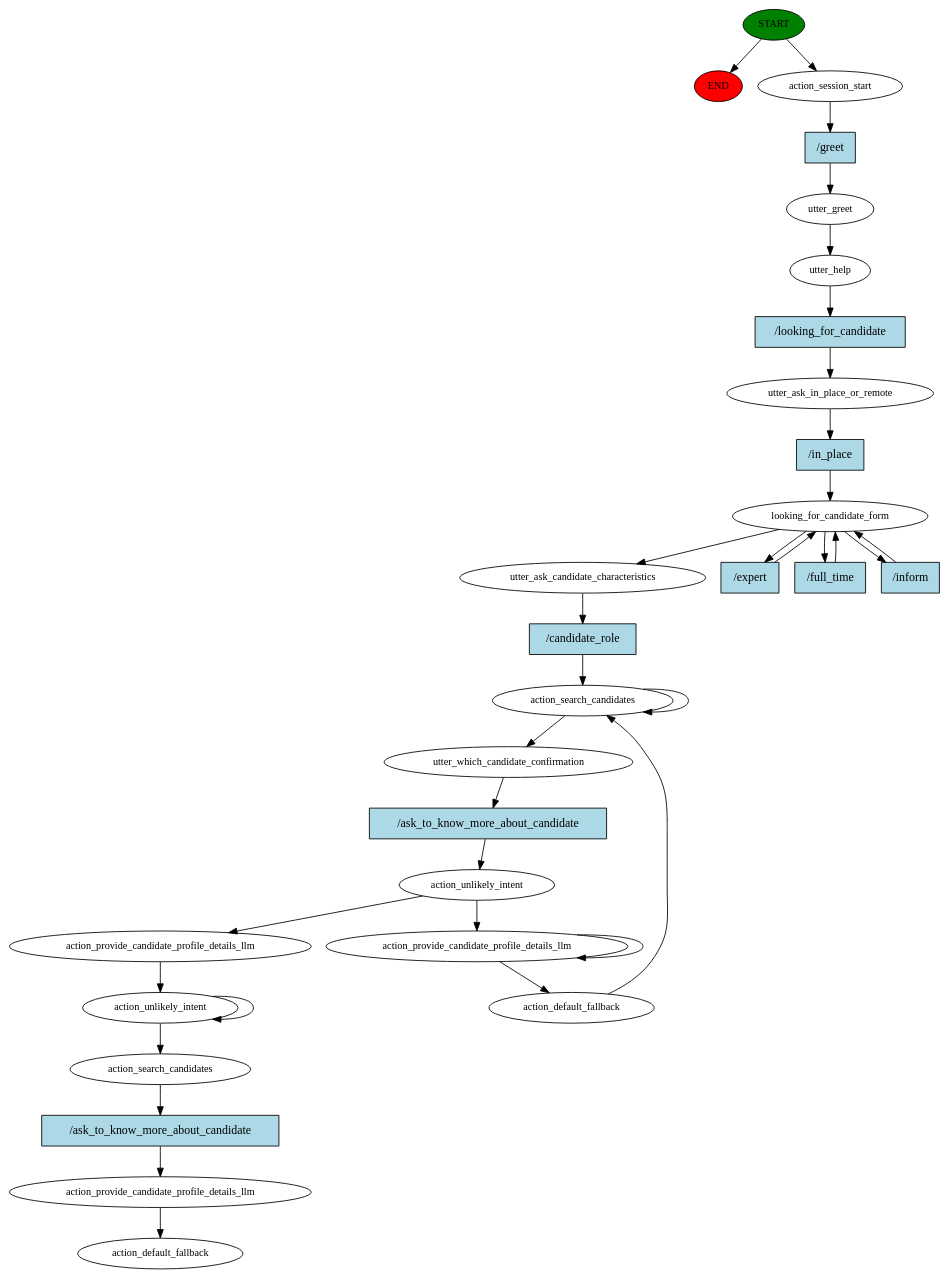
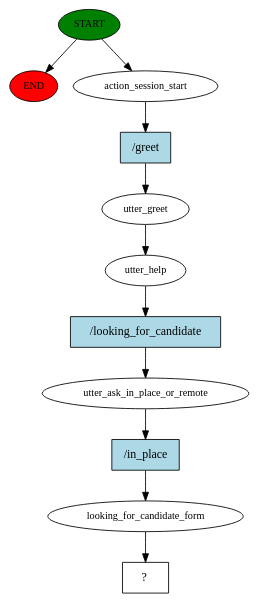
Before and after one commit to r1cc4r2o/Jobify: the diagram in src/story_graph.dot, drawn with Graphviz. The commit also changed 2 other files, not shown here.

```diff
--- a/src/story_graph.dot
+++ b/src/story_graph.dot
@@ -1,62 +1,23 @@
 digraph  {
 0 [class="start active", fillcolor=green, fontsize=12, label=START, style=filled];
 "-1" [class=end, fillcolor=red, fontsize=12, label=END, style=filled];
 1 [class=active, fontsize=12, label=action_session_start];
 2 [class=active, fontsize=12, label=utter_greet];
 3 [class=active, fontsize=12, label=utter_help];
 4 [class=active, fontsize=12, label=utter_ask_in_place_or_remote];
 5 [class=active, fontsize=12, label=looking_for_candidate_form];
-9 [class=active, fontsize=12, label=utter_ask_candidate_characteristics];
-10 [class=active, fontsize=12, label=action_search_candidates];
-11 [class=active, fontsize=12, label=utter_which_candidate_confirmation];
-12 [class=active, fontsize=12, label=action_unlikely_intent];
-13 [class=active, fontsize=12, label=action_provide_candidate_profile_details_llm];
-15 [class=active, fontsize=12, label=action_default_fallback];
-20 [class=active, fontsize=12, label=action_provide_candidate_profile_details_llm];
-21 [class=active, fontsize=12, label=action_unlikely_intent];
-23 [class=active, fontsize=12, label=action_search_candidates];
-24 [class=active, fontsize=12, label=action_provide_candidate_profile_details_llm];
-25 [class="dashed active", fontsize=12, label=action_default_fallback];
-26 [class="intent active", fillcolor=lightblue, label="/greet", shape=rect, style=filled];
-27 [class="intent active", fillcolor=lightblue, label="/looking_for_candidate", shape=rect, style=filled];
-28 [class="intent active", fillcolor=lightblue, label="/in_place", shape=rect, style=filled];
-29 [class="intent active", fillcolor=lightblue, label="/expert", shape=rect, style=filled];
-30 [class="intent active", fillcolor=lightblue, label="/full_time", shape=rect, style=filled];
-31 [class="intent active", fillcolor=lightblue, label="/inform", shape=rect, style=filled];
-32 [class="intent active", fillcolor=lightblue, label="/candidate_role", shape=rect, style=filled];
-33 [class="intent active", fillcolor=lightblue, label="/ask_to_know_more_about_candidate", shape=rect, style=filled];
-34 [class="intent active", fillcolor=lightblue, label="/ask_to_know_more_about_candidate", shape=rect, style=filled];
+6 [class="intent dashed active", label="  ?  ", shape=rect];
+7 [class="intent active", fillcolor=lightblue, label="/greet", shape=rect, style=filled];
+8 [class="intent active", fillcolor=lightblue, label="/looking_for_candidate", shape=rect, style=filled];
+9 [class="intent active", fillcolor=lightblue, label="/in_place", shape=rect, style=filled];
 0 -> "-1"  [class="", key=NONE, label=""];
 0 -> 1  [class=active, key=NONE, label=""];
-1 -> 26  [class=active, key=0];
+1 -> 7  [class=active, key=0];
 2 -> 3  [class=active, key=NONE, label=""];
-3 -> 27  [class=active, key=0];
-4 -> 28  [class=active, key=0];
-5 -> 9  [class=active, key=NONE, label=""];
-5 -> 29  [class=active, key=0];
-5 -> 30  [class=active, key=0];
-5 -> 31  [class=active, key=0];
-9 -> 32  [class=active, key=0];
-10 -> 11  [class=active, key=NONE, label=""];
-10 -> 10  [class=active, key=NONE, label=""];
-11 -> 33  [class=active, key=0];
-12 -> 13  [class=active, key=NONE, label=""];
-12 -> 20  [class=active, key=NONE, label=""];
-13 -> 15  [class=active, key=NONE, label=""];
-13 -> 13  [class=active, key=NONE, label=""];
-15 -> 10  [class=active, key=NONE, label=""];
-20 -> 21  [class=active, key=NONE, label=""];
-21 -> 23  [class=active, key=NONE, label=""];
-21 -> 21  [class=active, key=NONE, label=""];
-23 -> 34  [class=active, key=0];
-24 -> 25  [class=active, key=NONE, label=""];
-26 -> 2  [class=active, key=0];
-27 -> 4  [class=active, key=0];
-28 -> 5  [class=active, key=0];
-29 -> 5  [class=active, key=0];
-30 -> 5  [class=active, key=0];
-31 -> 5  [class=active, key=0];
-32 -> 10  [class=active, key=0];
-33 -> 12  [class=active, key=0];
-34 -> 24  [class=active, key=0];
+3 -> 8  [class=active, key=0];
+4 -> 9  [class=active, key=0];
+5 -> 6  [class=active, key=NONE, label=""];
+7 -> 2  [class=active, key=0];
+8 -> 4  [class=active, key=0];
+9 -> 5  [class=active, key=0];
 }
```
